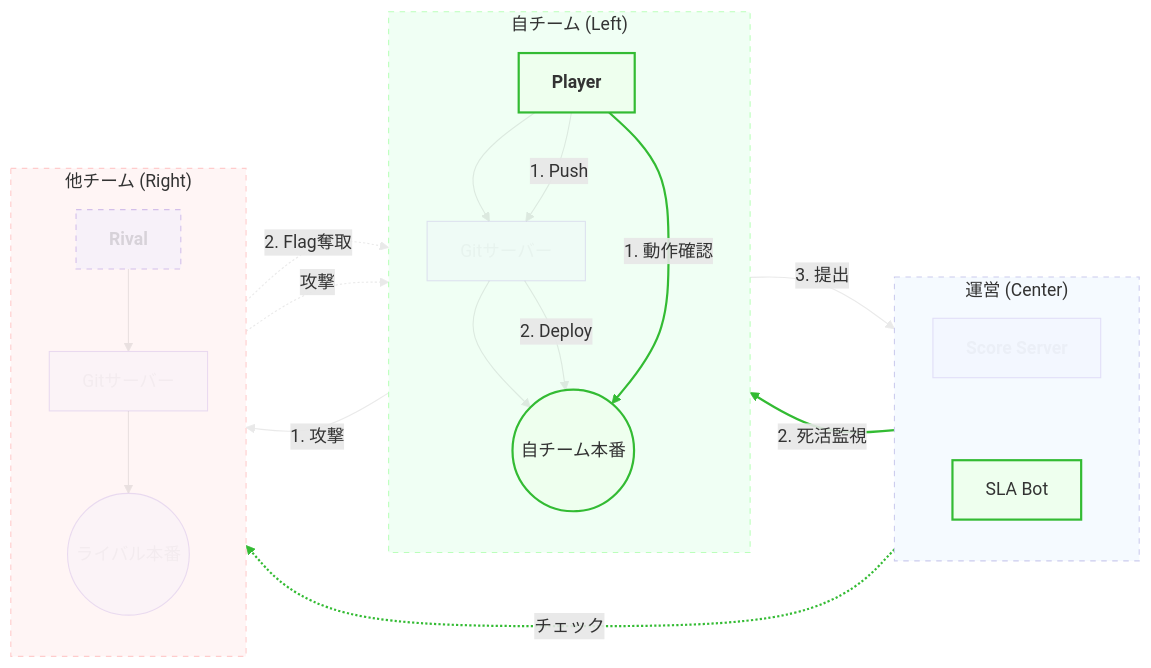
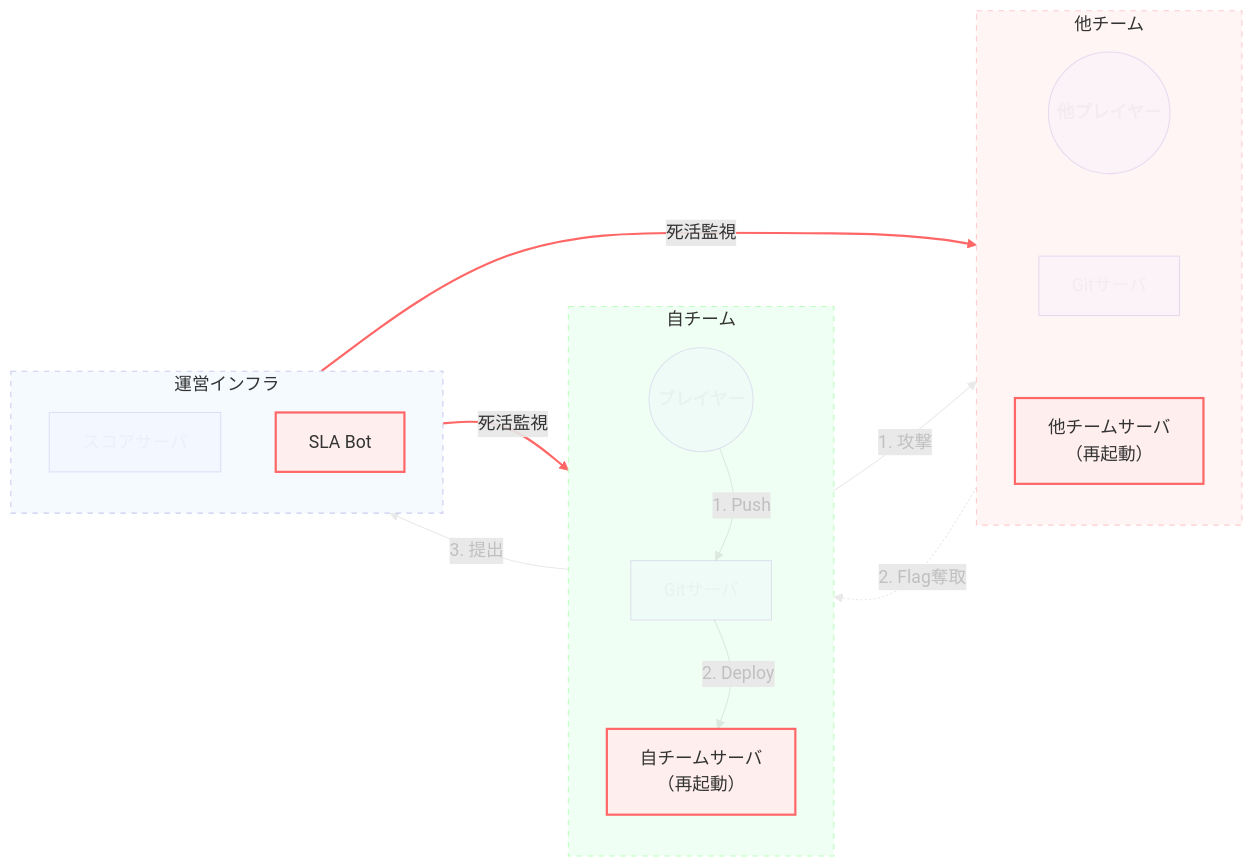
One commit to tyage/minicamp-osaka2026-ad changed the fourth of 4 diagrams in slides.md. Above: the diagram before and after it, drawn with Mermaid. The commit also changed other lines of this file, not shown here.

````diff
--- a/slides.md
+++ b/slides.md
@@ -422,65 +428,59 @@
 ```mermaid
 graph LR
     %% Corrected Three Towers Layout
 
-    subgraph MyTeam ["自チーム (Left)"]
+    subgraph RivalTeam ["他チーム"]
         direction TB
-        Player[<b>Player</b>]
-        Git[Gitサーバー]
-        Prod((自チーム本番))
-        Player --> Git --> Prod
+        Rival((<b>他プレイヤー</b>))
+        RivalGit[Gitサーバ]
+        RivalServer[他チームサーバ<br>（再起動）]
+        Rival ~~~ RivalGit ~~~ RivalServer
     end
 
-    subgraph Ops ["運営 (Center)"]
+    subgraph MyTeam ["自チーム"]
         direction TB
-        Score[<b>Score Server</b>]
-        Bot[SLA Bot]
-        Score ~~~ Bot
+        Player((<b>プレイヤー</b>))
+        Git[Gitサーバ]
+        Server[自チームサーバ<br>（再起動）]
+        Player ~~~ Git ~~~ Server
     end
 
-    subgraph RivalTeam ["他チーム (Right)"]
+    subgraph Ops ["運営インフラ"]
         direction TB
-        Rival[<b>Rival</b>]
-        RivalGit[Gitサーバー]
-        RivalProd((ライバル本番))
-        Rival --> RivalGit --> RivalProd
+        Score[スコアサーバ]
+        Bot[SLA Bot]
     end
+
+    %% Attack Flows
+    Player -->|1. 攻撃| RivalServer
+    RivalServer -.->|2. Flag奪取| Player
+    Player -->|3. 提出| Score
+
+    %% Patch Flows
+    Player -->|1. Push| Git
+    Git -->|2. Deploy| Server
+
+    %% Verify Flows
+    Bot -->|死活監視| Server
+    Bot -->|死活監視| RivalServer
 
     %% STRICT ALIGNMENT
     Player ~~~ Score ~~~ Rival
 
-    %% Attack Flows
-    Player -->|1. 攻撃| RivalProd
-    RivalProd -.->|2. Flag奪取| Player
-    Player -->|3. 提出| Score
-
-    %% Patch Flows
-    Player -->|1. Push| Git
-    Git -->|2. Deploy| Prod
-
-    %% Verify Flows
-    Player -->|1. 動作確認| Prod
-    Bot -->|2. 死活監視| Prod
-    Bot -.->|チェック| RivalProd
-
-    %% Context
-    Rival -.->|攻撃| Prod
-
-    classDef active fill:#efe,stroke:#3b3,stroke-width:2px;
+    classDef active fill:#fee,stroke:#f66,stroke-width:2px;
     classDef inactive opacity:0.2;
     classDef context opacity:0.4,stroke-dasharray: 5 5;
     
-    class Player,Prod,Bot active;
-    class Git,Score,RivalProd,RivalGit inactive;
-    class Rival context;
-
+    class Bot,Server,RivalServer active;
+    class Git,RivalGit,Rival,Player,Score inactive;
+    
     style MyTeam fill:#f0fff4,stroke:#bfb,stroke-dasharray: 5 5
     style Ops fill:#f5faff,stroke:#cce,stroke-dasharray: 5 5
     style RivalTeam fill:#fff5f5,stroke:#fcc,stroke-dasharray: 5 5
-    
-    %% Active: Verify (12,13,14)
-    linkStyle 12,13,14 stroke:#3b3,stroke-width:2px;
-    
+
+    %% Active: Verify
+    linkStyle 9,10 stroke:#f66,stroke-width:2px;
+
     %% Inactive: Others
-    linkStyle 0,1,2,3,4,5,6,7,8,9,10,11,15 opacity:0.1;
+    linkStyle 0,1,2,3,4,5,6,7,8 opacity:0.1,color:silver;
 ```
````
